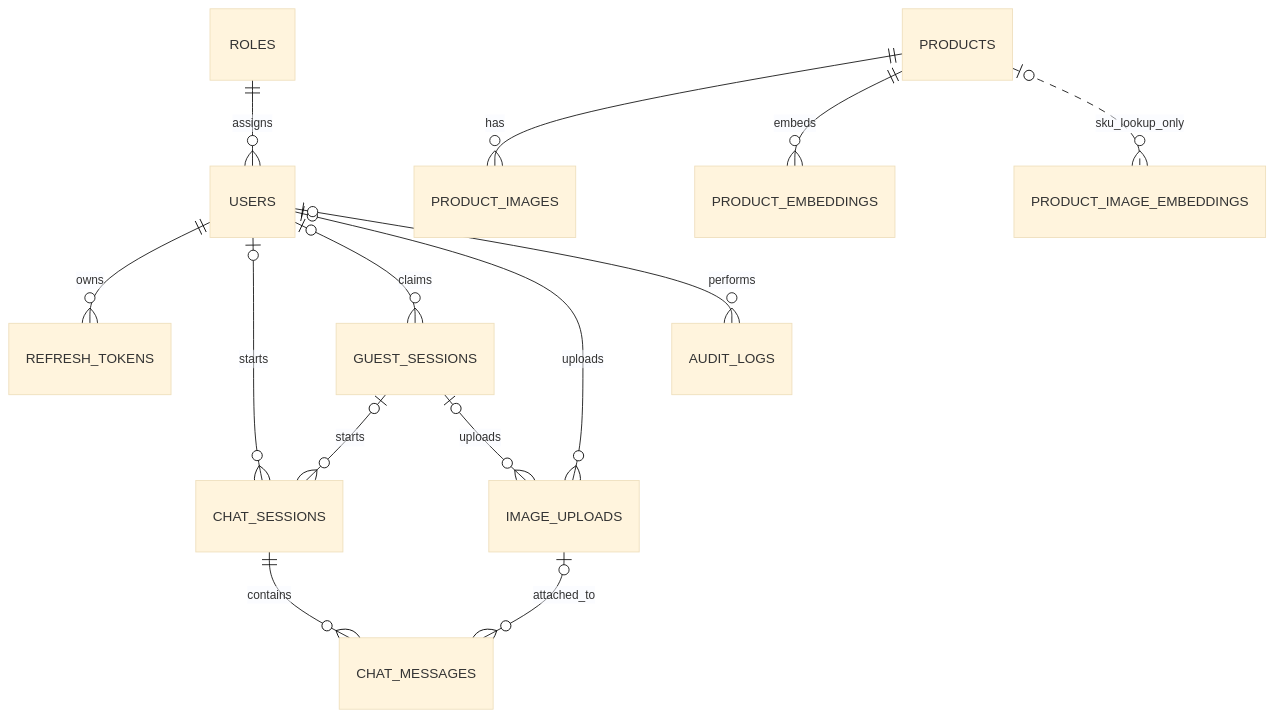
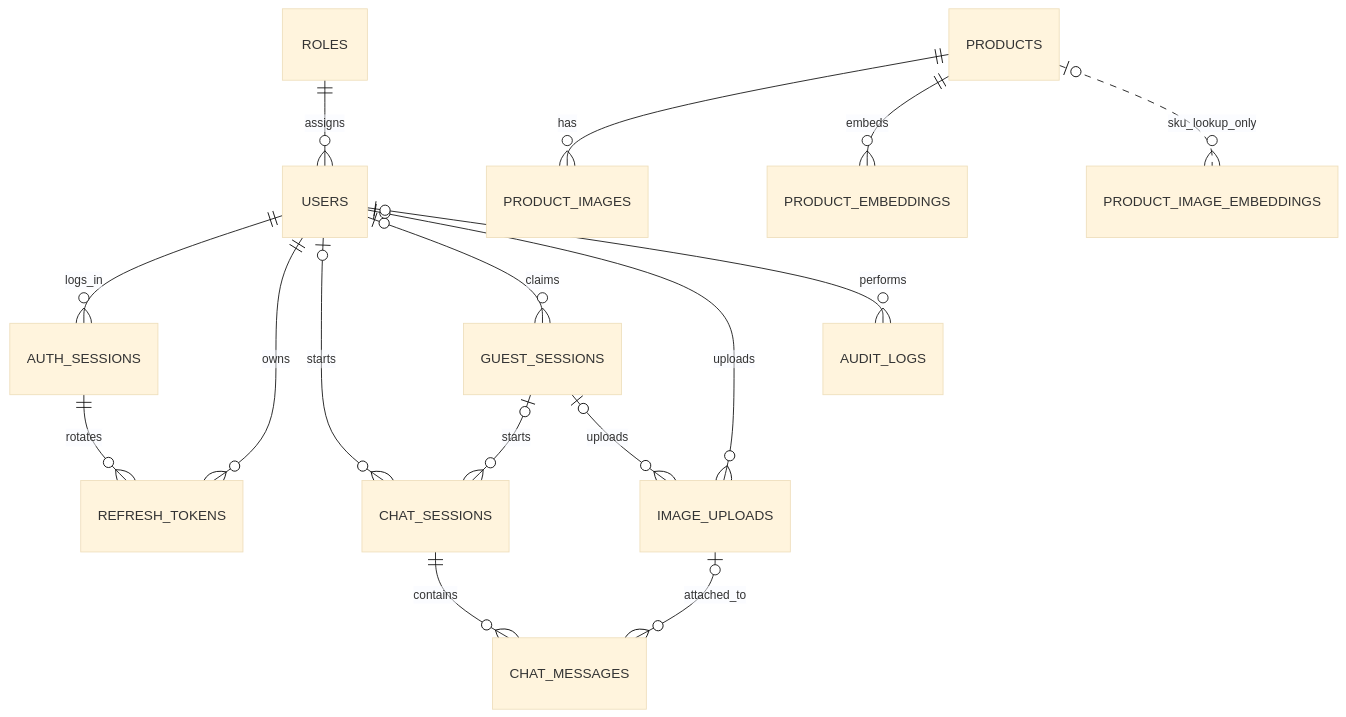
One commit to Seaty/ink-buddy-chat-bot changed the diagram in database/DATABASE_SCHEMA.md. Above: the diagram before and after it, drawn with Mermaid (base theme). The commit also changed other lines of this file and 66 other files, not shown here.

First line of the commit message:
Update API documentation and architecture overview

````diff
--- a/database/DATABASE_SCHEMA.md
+++ b/database/DATABASE_SCHEMA.md
@@ -51,16 +52,18 @@
 ```mermaid
 erDiagram
     ROLES ||--o{ USERS : assigns
+    USERS ||--o{ AUTH_SESSIONS : logs_in
+    AUTH_SESSIONS ||--o{ REFRESH_TOKENS : rotates
     USERS ||--o{ REFRESH_TOKENS : owns
     USERS o|--o{ CHAT_SESSIONS : starts
     USERS o|--o{ GUEST_SESSIONS : claims
     GUEST_SESSIONS o|--o{ CHAT_SESSIONS : starts
     CHAT_SESSIONS ||--o{ CHAT_MESSAGES : contains
     USERS o|--o{ IMAGE_UPLOADS : uploads
     GUEST_SESSIONS o|--o{ IMAGE_UPLOADS : uploads
     IMAGE_UPLOADS o|--o{ CHAT_MESSAGES : attached_to
     PRODUCTS ||--o{ PRODUCT_IMAGES : has
     PRODUCTS ||--o{ PRODUCT_EMBEDDINGS : embeds
     PRODUCTS o|..o{ PRODUCT_IMAGE_EMBEDDINGS : sku_lookup_only
     USERS o|--o{ AUDIT_LOGS : performs
 ```
````
